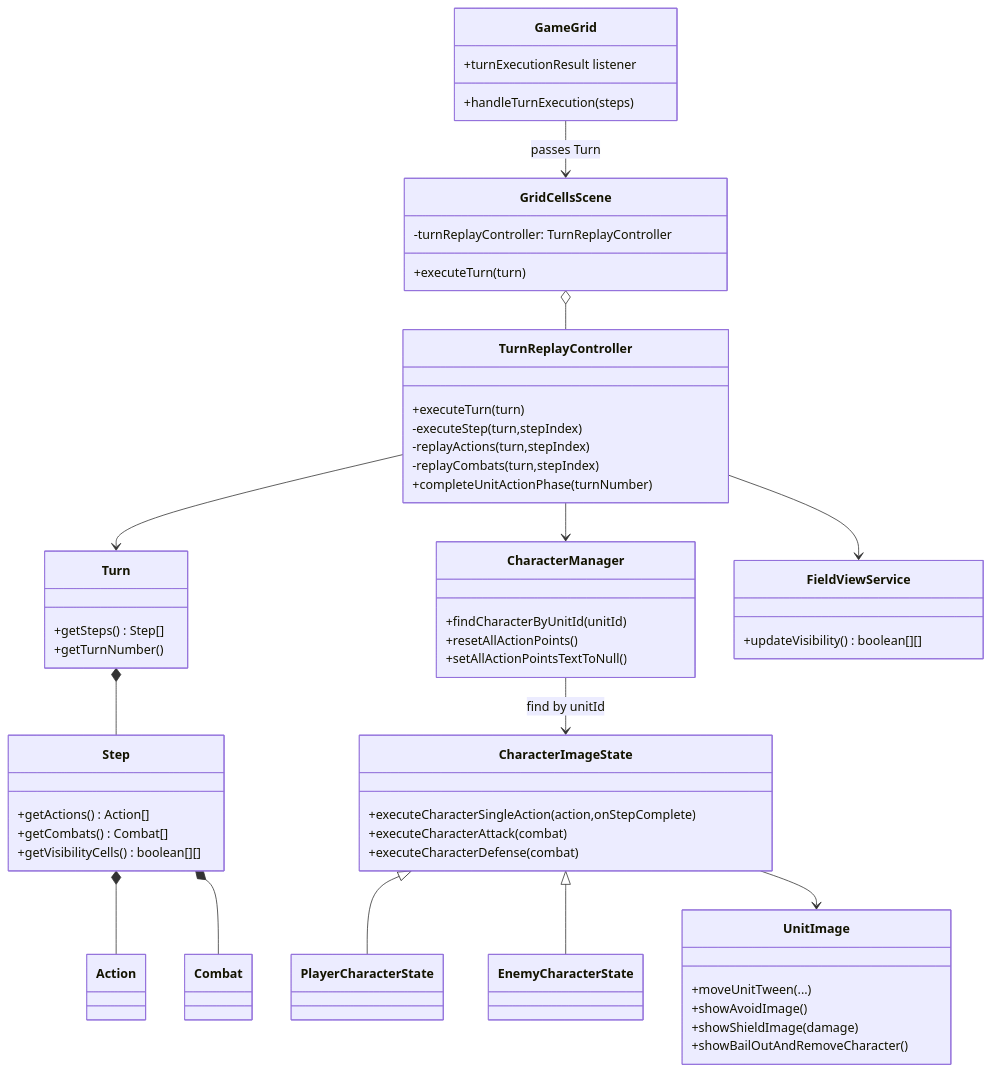
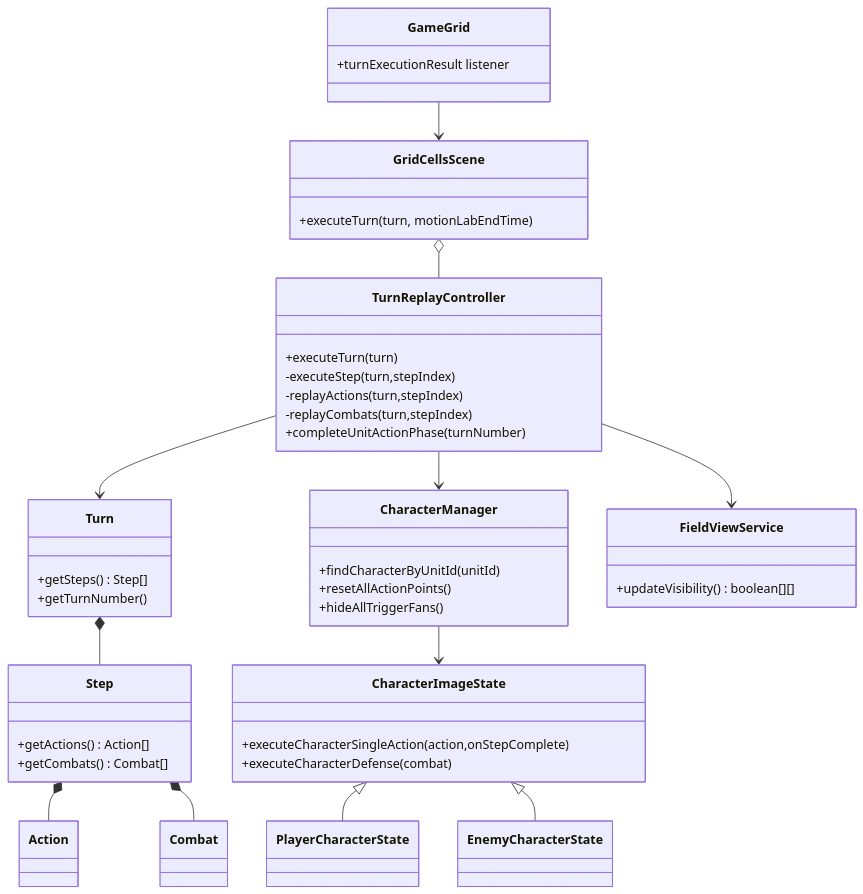
The second of 2 diagrams in docs/03_詳細設計/クラス図/フロント_ゲーム関連クラス図.md (pandapan-cute/TriggerGameCompose), drawn with Mermaid before and after one commit. The commit also changed other lines of this file and 11 other files, not shown here.

````diff
--- a/docs/03_詳細設計/クラス図/フロント_ゲーム関連クラス図.md
+++ b/docs/03_詳細設計/クラス図/フロント_ゲーム関連クラス図.md
@@ -174,76 +148,63 @@
 ```mermaid
 classDiagram
 
 class GameGrid {
- +handleTurnExecution(steps)
- +turnExecutionResult listener
+  +turnExecutionResult listener
 }
 
 class GridCellsScene {
- -turnReplayController: TurnReplayController
- +executeTurn(turn)
+  +executeTurn(turn, motionLabEndTime)
 }
 
 class TurnReplayController {
- +executeTurn(turn)
- -executeStep(turn,stepIndex)
- -replayActions(turn,stepIndex)
- -replayCombats(turn,stepIndex)
- +completeUnitActionPhase(turnNumber)
+  +executeTurn(turn)
+  -executeStep(turn,stepIndex)
+  -replayActions(turn,stepIndex)
+  -replayCombats(turn,stepIndex)
+  +completeUnitActionPhase(turnNumber)
 }
 
 class CharacterManager {
- +findCharacterByUnitId(unitId)
- +resetAllActionPoints()
- +setAllActionPointsTextToNull()
+  +findCharacterByUnitId(unitId)
+  +resetAllActionPoints()
+  +hideAllTriggerFans()
 }
 
 class CharacterImageState {
- +executeCharacterSingleAction(action,onStepComplete)
- +executeCharacterAttack(combat)
- +executeCharacterDefense(combat)
+  +executeCharacterSingleAction(action,onStepComplete)
+  +executeCharacterDefense(combat)
 }
 
 class PlayerCharacterState
 class EnemyCharacterState
 
-class UnitImage {
- +moveUnitTween(...)
- +showAvoidImage()
- +showShieldImage(damage)
- +showBailOutAndRemoveCharacter()
-}
-
 class Turn {
- +getSteps() Step[]
- +getTurnNumber()
+  +getSteps() Step[]
+  +getTurnNumber()
 }
 
 class Step {
- +getActions() Action[]
- +getCombats() Combat[]
- +getVisibilityCells() boolean[][]
+  +getActions() Action[]
+  +getCombats() Combat[]
 }
 
 class Action
 class Combat
 class FieldViewService {
- +updateVisibility() boolean[][]
+  +updateVisibility() boolean[][]
 }
 
-GameGrid --> GridCellsScene : passes Turn
+GameGrid --> GridCellsScene
 GridCellsScene o-- TurnReplayController
-
 TurnReplayController --> Turn
 TurnReplayController --> CharacterManager
 TurnReplayController --> FieldViewService
 
+CharacterManager --> CharacterImageState
+CharacterImageState <|-- PlayerCharacterState
+CharacterImageState <|-- EnemyCharacterState
+
 Turn *-- Step
 Step *-- Action
 Step *-- Combat
-
-CharacterManager --> CharacterImageState : find by unitId
-CharacterImageState <|-- PlayerCharacterState
-CharacterImageState <|-- EnemyCharacterState
-CharacterImageState --> UnitImage
 ```
````
